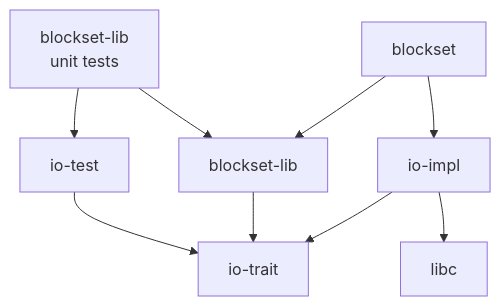
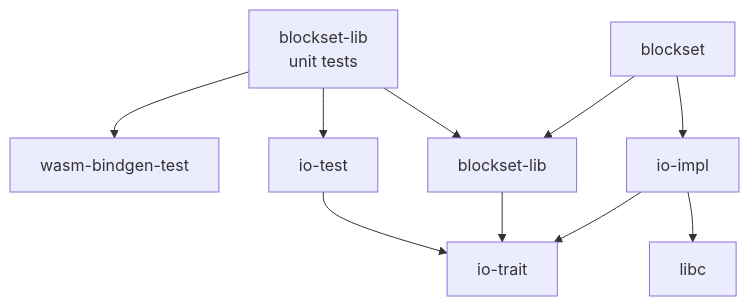
The diagram in notes/design.md (datablockset/blockset), drawn with Mermaid before and after one commit. The commit also changed 1 other file, not shown here.

Commit message:
Faster CI (#126)
* faster CI

* Update design.md

* Update design.md

````diff
--- a/notes/design.md
+++ b/notes/design.md
@@ -5,9 +5,9 @@
 ```mermaid
 graph TD
   io-trait
   io-impl & io-test --> io-trait
   io-impl --> libc
-  blockset-lib-test[blockset-lib\nunit tests] --> io-test & blockset-lib
+  blockset-lib-test[blockset-lib\nunit tests] --> wasm-bindgen-test & io-test & blockset-lib
   blockset-lib --> io-trait
   blockset --> blockset-lib & io-impl
 ```
````
